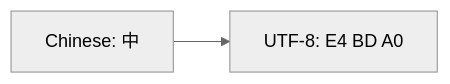
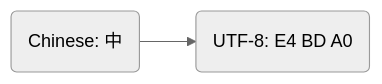
One commit to ChrisZhu2050/chriszhu2050.github.io changed the eighth of 16 diagrams in index.md. Above: the diagram before and after it, drawn with Mermaid (neutral theme). The commit also changed other lines of this file, not shown here.

````diff
--- a/index.md
+++ b/index.md
@@ -291,4 +291,4 @@
       ```mermaid
             graph LR
-                A["`Chinese: 中`"] --> B["`UTF-8: E4 BD A0`"] 
+                A("`Chinese: 中`") --> B("`UTF-8: E4 BD A0`") 
       ```   
````
